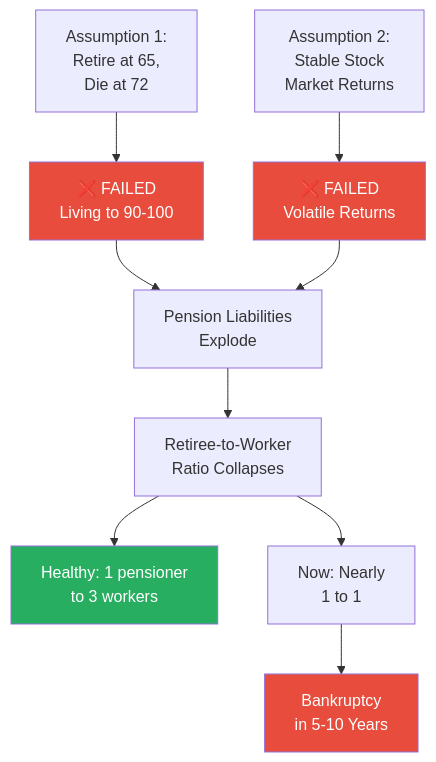
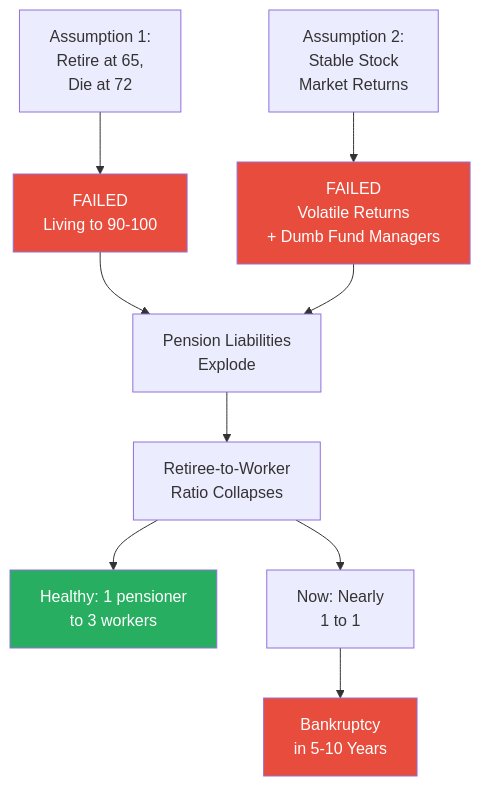
The ninth of 12 diagrams in summaries/Lectures/Secret History/03 - Death by Gerontocracy.md (alius33/reader), drawn with Mermaid before and after one commit. The commit also changed other lines of this file and 26 other files, not shown here.

````diff
--- a/summaries/Lectures/Secret History/03 - Death by Gerontocracy.md
+++ b/summaries/Lectures/Secret History/03 - Death by Gerontocracy.md
@@ -376,15 +464,15 @@
 ```mermaid
 flowchart TB
-    A1["Assumption 1:<br/>Retire at 65,<br/>Die at 72"] --> F1["❌ FAILED<br/>Living to 90-100"]
-    A2["Assumption 2:<br/>Stable Stock<br/>Market Returns"] --> F2["❌ FAILED<br/>Volatile Returns"]
+    A1["Assumption 1:<br/>Retire at 65,<br/>Die at 72"] --> F1["FAILED<br/>Living to 90-100"]
+    A2["Assumption 2:<br/>Stable Stock<br/>Market Returns"] --> F2["FAILED<br/>Volatile Returns<br/>+ Dumb Fund Managers"]
     F1 --> C["Pension Liabilities<br/>Explode"]
     F2 --> C
     C --> R["Retiree-to-Worker<br/>Ratio Collapses"]
     R --> D["Healthy: 1 pensioner<br/>to 3 workers"]
     R --> E["Now: Nearly<br/>1 to 1"]
     E --> B["Bankruptcy<br/>in 5-10 Years"]
     style F1 fill:#e74c3c,color:#fff
     style F2 fill:#e74c3c,color:#fff
     style B fill:#e74c3c,color:#fff
     style D fill:#27ae60,color:#fff
 ```
````
